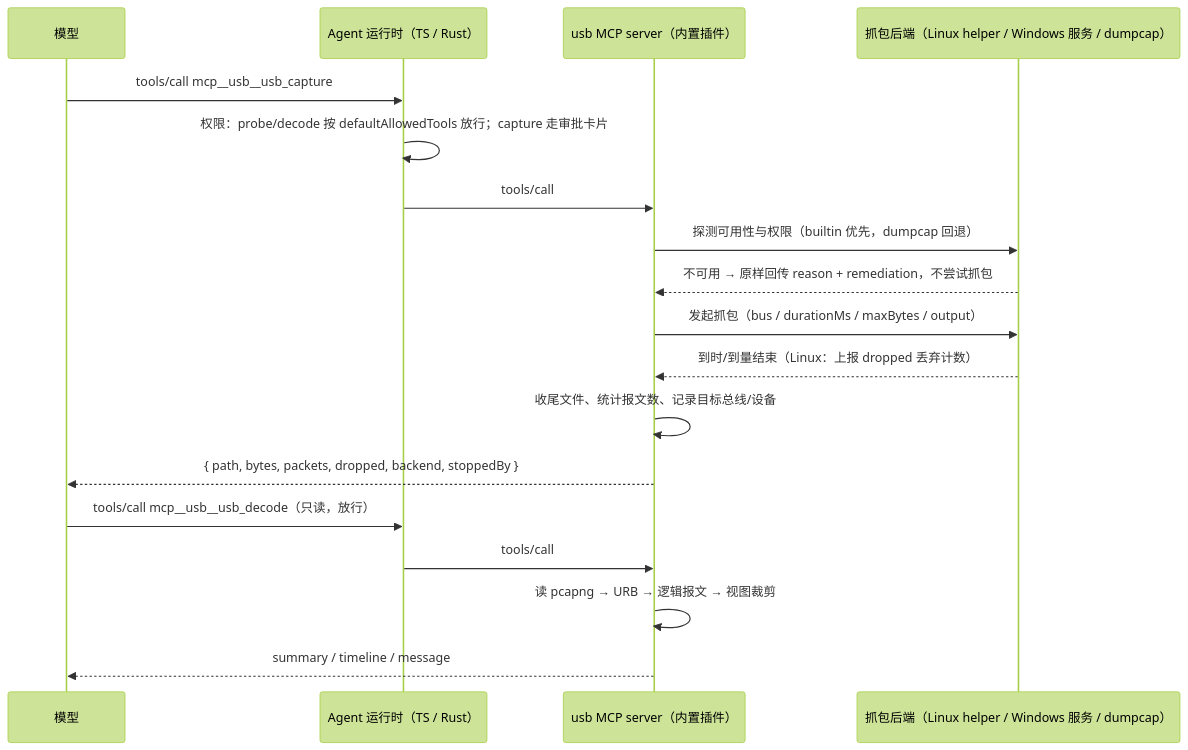
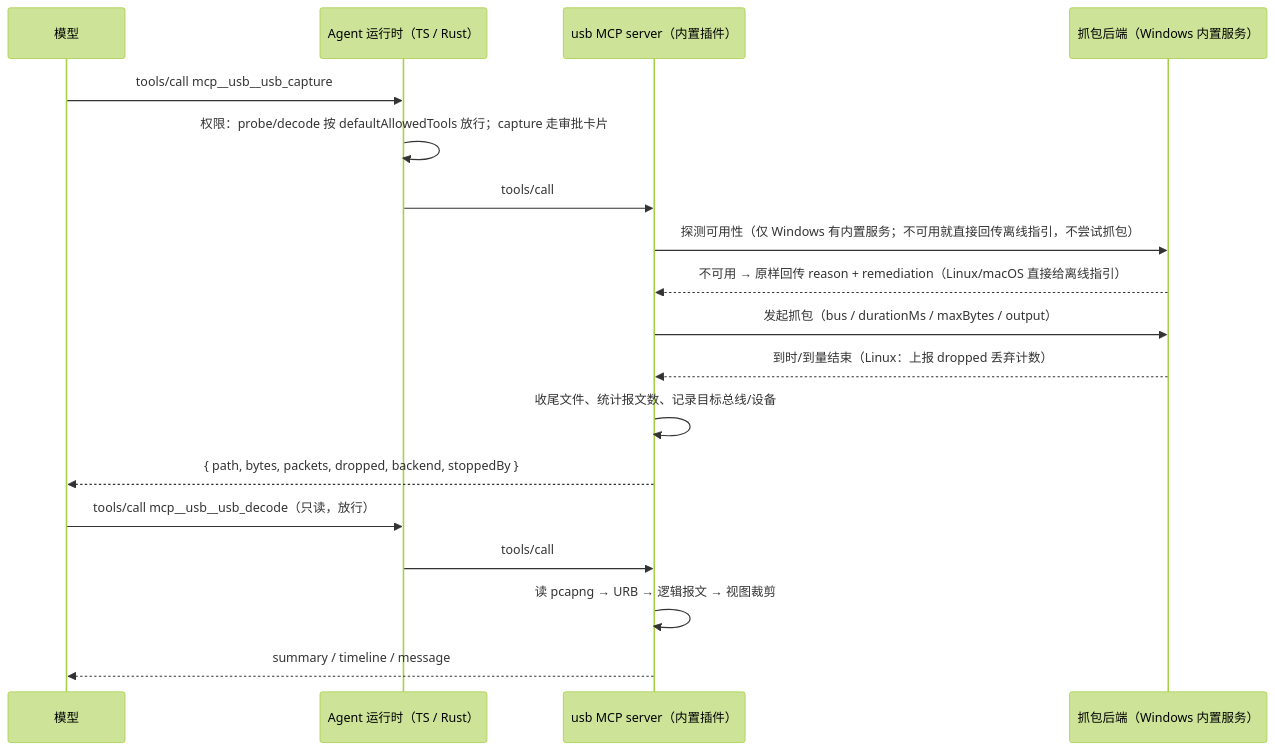
One commit to sekfung/ESCode changed the diagram in docs/specs/usb-agent-tools.md. Above: the diagram before and after it, drawn with Mermaid (forest theme). The commit also changed other lines of this file and 191 other files, not shown here.

````diff
--- a/docs/specs/usb-agent-tools.md
+++ b/docs/specs/usb-agent-tools.md
@@ -193,20 +180,20 @@
 ```mermaid
 sequenceDiagram
   participant M as 模型
   participant R as Agent 运行时（TS / Rust）
   participant P as usb MCP server（内置插件）
-  participant B as 抓包后端（Linux helper / Windows 服务 / dumpcap）
+  participant B as 抓包后端（Windows 内置服务）
   M->>R: tools/call mcp__usb__usb_capture
   R->>R: 权限：probe/decode 按 defaultAllowedTools 放行；capture 走审批卡片
   R->>P: tools/call
-  P->>B: 探测可用性与权限（builtin 优先，dumpcap 回退）
-  B-->>P: 不可用 → 原样回传 reason + remediation，不尝试抓包
+  P->>B: 探测可用性（仅 Windows 有内置服务；不可用就直接回传离线指引，不尝试抓包）
+  B-->>P: 不可用 → 原样回传 reason + remediation（Linux/macOS 直接给离线指引）
   P->>B: 发起抓包（bus / durationMs / maxBytes / output）
   B-->>P: 到时/到量结束（Linux：上报 dropped 丢弃计数）
   P->>P: 收尾文件、统计报文数、记录目标总线/设备
   P-->>M: { path, bytes, packets, dropped, backend, stoppedBy }
   M->>R: tools/call mcp__usb__usb_decode（只读，放行）
   R->>P: tools/call
   P->>P: 读 pcapng → URB → 逻辑报文 → 视图裁剪
   P-->>M: summary / timeline / message
 ```
````
